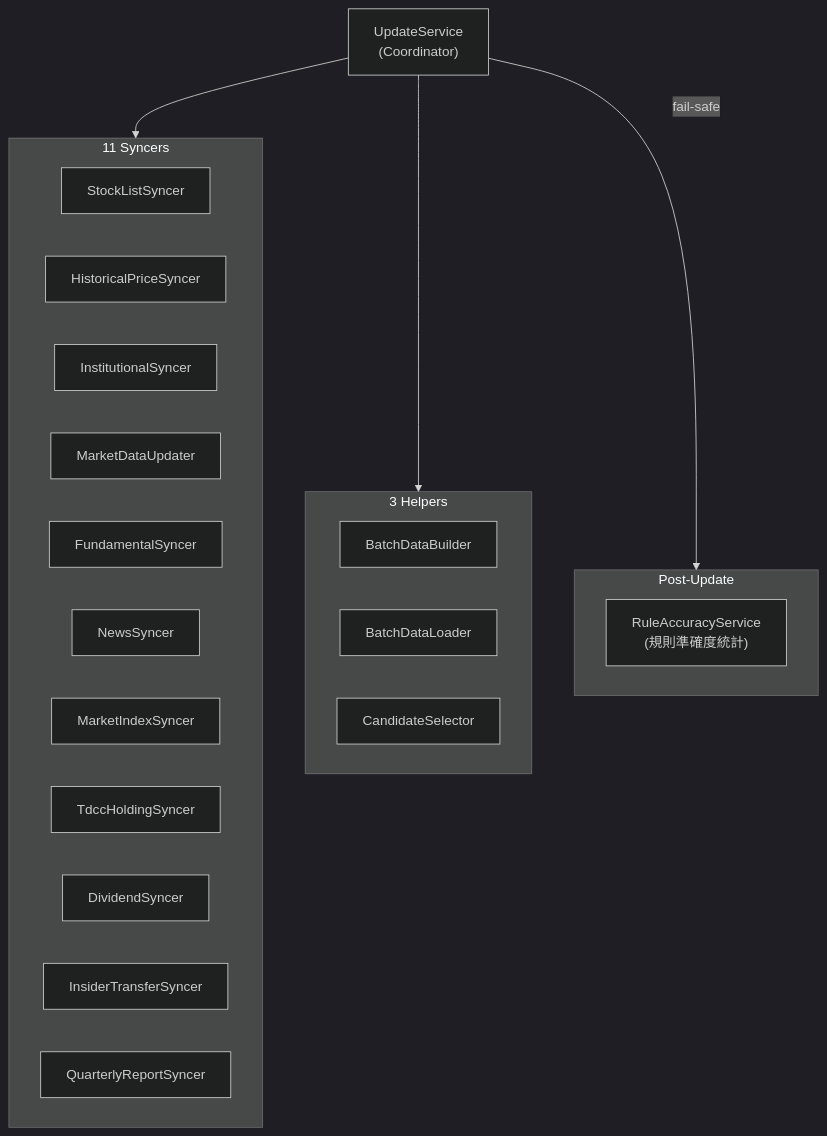
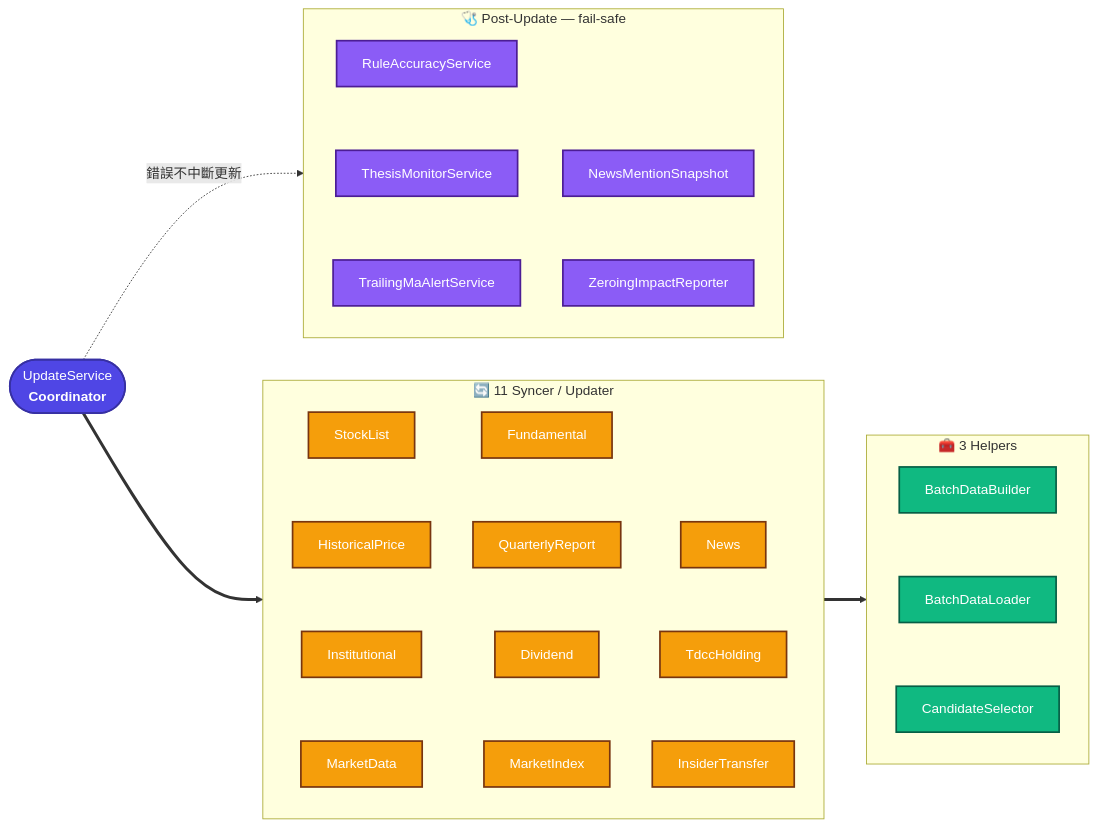
One commit to Neal75418/daredevil changed the diagram in .claude/rules/update-pipeline.md. Above: the diagram before and after it, drawn with Mermaid. The commit also changed other lines of this file and 3 other files, not shown here.

````diff
--- a/.claude/rules/update-pipeline.md
+++ b/.claude/rules/update-pipeline.md
@@ -13,33 +13,35 @@
 ```mermaid
-%%{init: {'theme': 'dark'}}%%
-graph TB
-    US["UpdateService<br/>(Coordinator)"]
+flowchart LR
+    US(["UpdateService<br/><b>Coordinator</b>"])
 
-    subgraph Syncers["11 Syncers"]
-        SLS["StockListSyncer"]
-        HPS["HistoricalPriceSyncer"]
-        IS["InstitutionalSyncer"]
-        MDU["MarketDataUpdater"]
-        FS["FundamentalSyncer"]
-        NS["NewsSyncer"]
-        MIS["MarketIndexSyncer"]
-        THS["TdccHoldingSyncer"]
-        DS["DividendSyncer"]
-        ITS["InsiderTransferSyncer"]
-        QRS["QuarterlyReportSyncer"]
+    subgraph Sync["🔄 11 Syncer / Updater"]
+        direction TB
+        S1["StockList"] ~~~ S2["HistoricalPrice"] ~~~ S3["Institutional"] ~~~ S4["MarketData"]
+        S5["Fundamental"] ~~~ S6["QuarterlyReport"] ~~~ S7["Dividend"] ~~~ S8["MarketIndex"]
+        S9["News"] ~~~ S10["TdccHolding"] ~~~ S11["InsiderTransfer"]
     end
 
-    subgraph Helpers["3 Helpers"]
-        BDB["BatchDataBuilder"]
-        BDL["BatchDataLoader"]
-        CS["CandidateSelector"]
+    subgraph Help["🧰 3 Helpers"]
+        direction TB
+        H1["BatchDataBuilder"] ~~~ H2["BatchDataLoader"] ~~~ H3["CandidateSelector"]
     end
 
-    subgraph PostUpdate["Post-Update"]
-        RAS["RuleAccuracyService<br/>(規則準確度統計)"]
+    subgraph Post["🩺 Post-Update — fail-safe"]
+        direction TB
+        R1["RuleAccuracyService"] ~~~ R2["ThesisMonitorService"] ~~~ R3["TrailingMaAlertService"]
+        R4["NewsMentionSnapshot"] ~~~ R5["ZeroingImpactReporter"]
     end
 
-    US --> Syncers
-    US --> Helpers
-    US -->|fail-safe| PostUpdate
+    US ==> Sync ==> Help
+    US -.->|錯誤不中斷更新| Post
+
+    classDef coord fill:#4F46E5,stroke:#3730A3,stroke-width:2px,color:#FFFFFF
+    classDef sync fill:#F59E0B,stroke:#78350F,stroke-width:2px,color:#FFFFFF
+    classDef help fill:#10B981,stroke:#065F46,stroke-width:2px,color:#FFFFFF
+    classDef post fill:#8B5CF6,stroke:#4C1D95,stroke-width:2px,color:#FFFFFF
+
+    class US coord
+    class S1,S2,S3,S4,S5,S6,S7,S8,S9,S10,S11 sync
+    class H1,H2,H3 help
+    class R1,R2,R3,R4,R5 post
 ```
````
